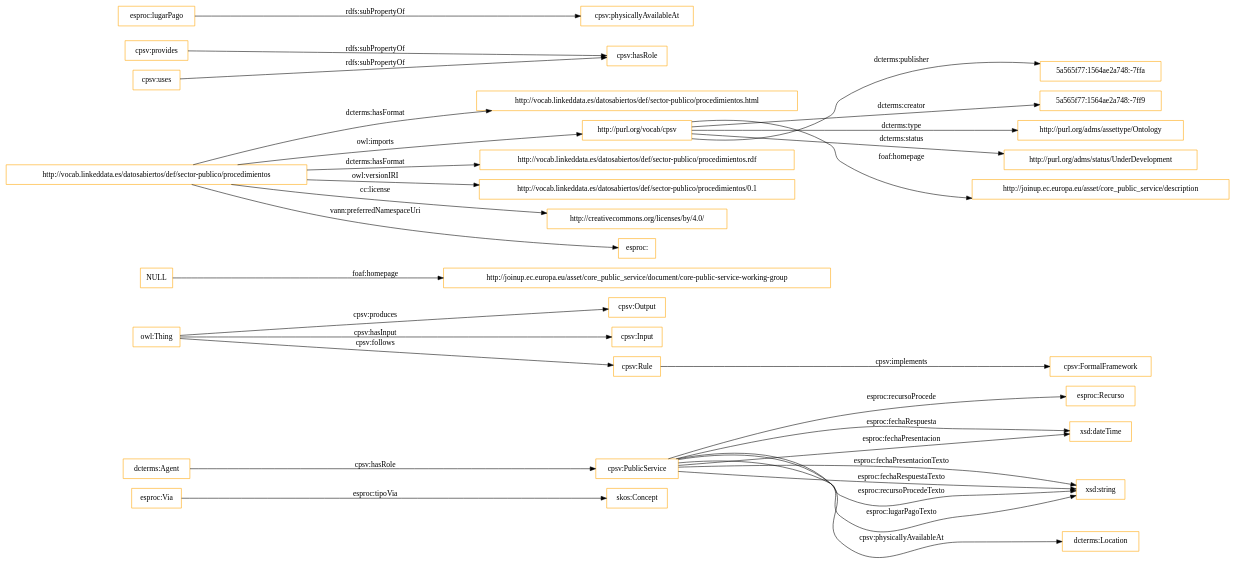
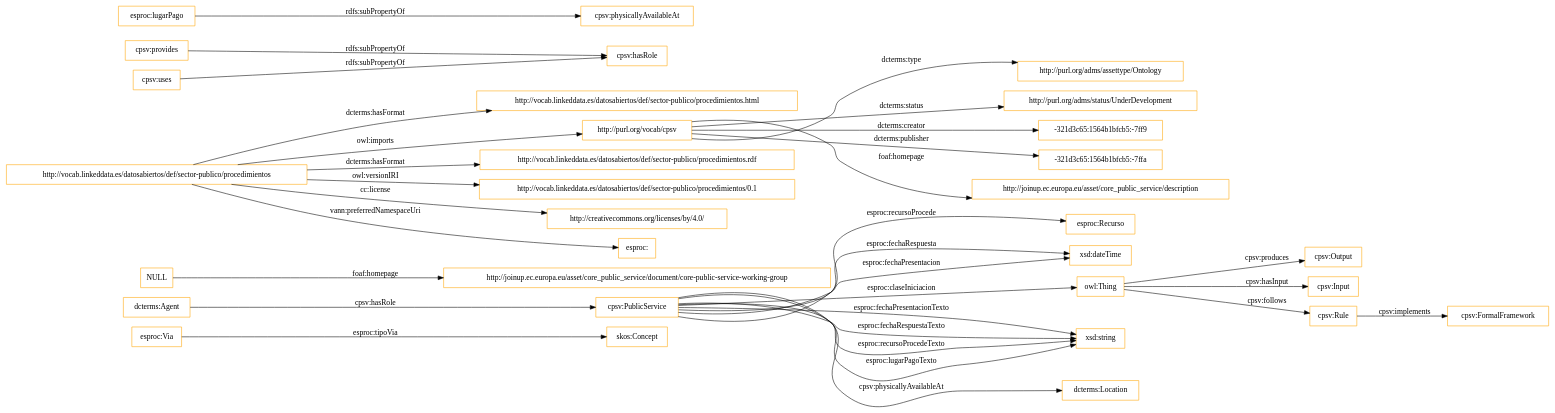
One commit to opencitydata/sector-publico-servicio changed the diagram in OnToology/procedimientos.owl/diagrams/ar2dtool-class/procedimientos.owl.png.dot. Above: the diagram before and after it, drawn with Graphviz. The commit also changed 9 other files, not shown here.

```diff
--- a/OnToology/procedimientos.owl/diagrams/ar2dtool-class/procedimientos.owl.png.dot
+++ b/OnToology/procedimientos.owl/diagrams/ar2dtool-class/procedimientos.owl.png.dot
@@ -1,35 +1,36 @@
 digraph ar2dtool_diagram { 
 rankdir=LR;
 size="1501"
 node [shape = rectangle, color="orange"]; "skos:Concept" "esproc:Via" "esproc:Recurso" "cpsv:FormalFramework" "cpsv:Output" "cpsv:Input" "cpsv:Rule" "cpsv:PublicService" ; /*classes style*/
 	"NULL" -> "http://joinup.ec.europa.eu/asset/core_public_service/document/core-public-service-working-group" [ label = "foaf:homepage" ];
 	"http://vocab.linkeddata.es/datosabiertos/def/sector-publico/procedimientos" -> "http://vocab.linkeddata.es/datosabiertos/def/sector-publico/procedimientos.html" [ label = "dcterms:hasFormat" ];
 	"http://vocab.linkeddata.es/datosabiertos/def/sector-publico/procedimientos" -> "http://purl.org/vocab/cpsv" [ label = "owl:imports" ];
 	"http://vocab.linkeddata.es/datosabiertos/def/sector-publico/procedimientos" -> "http://vocab.linkeddata.es/datosabiertos/def/sector-publico/procedimientos.rdf" [ label = "dcterms:hasFormat" ];
 	"http://vocab.linkeddata.es/datosabiertos/def/sector-publico/procedimientos" -> "http://vocab.linkeddata.es/datosabiertos/def/sector-publico/procedimientos/0.1" [ label = "owl:versionIRI" ];
 	"http://vocab.linkeddata.es/datosabiertos/def/sector-publico/procedimientos" -> "http://creativecommons.org/licenses/by/4.0/" [ label = "cc:license" ];
 	"http://vocab.linkeddata.es/datosabiertos/def/sector-publico/procedimientos" -> "esproc:" [ label = "vann:preferredNamespaceUri" ];
 	"cpsv:provides" -> "cpsv:hasRole" [ label = "rdfs:subPropertyOf" ];
-	"http://purl.org/vocab/cpsv" -> "5a565f77:1564ae2a748:-7ffa" [ label = "dcterms:publisher" ];
-	"http://purl.org/vocab/cpsv" -> "5a565f77:1564ae2a748:-7ff9" [ label = "dcterms:creator" ];
 	"http://purl.org/vocab/cpsv" -> "http://purl.org/adms/assettype/Ontology" [ label = "dcterms:type" ];
 	"http://purl.org/vocab/cpsv" -> "http://purl.org/adms/status/UnderDevelopment" [ label = "dcterms:status" ];
+	"http://purl.org/vocab/cpsv" -> "-321d3c65:1564b1bfcb5:-7ff9" [ label = "dcterms:creator" ];
+	"http://purl.org/vocab/cpsv" -> "-321d3c65:1564b1bfcb5:-7ffa" [ label = "dcterms:publisher" ];
 	"http://purl.org/vocab/cpsv" -> "http://joinup.ec.europa.eu/asset/core_public_service/description" [ label = "foaf:homepage" ];
 	"cpsv:uses" -> "cpsv:hasRole" [ label = "rdfs:subPropertyOf" ];
 	"esproc:lugarPago" -> "cpsv:physicallyAvailableAt" [ label = "rdfs:subPropertyOf" ];
 	"cpsv:PublicService" -> "xsd:dateTime" [ label = "esproc:fechaRespuesta" ];
 	"owl:Thing" -> "cpsv:Input" [ label = "cpsv:hasInput" ];
 	"cpsv:PublicService" -> "xsd:string" [ label = "esproc:fechaPresentacionTexto" ];
 	"cpsv:PublicService" -> "esproc:Recurso" [ label = "esproc:recursoProcede" ];
 	"cpsv:PublicService" -> "dcterms:Location" [ label = "cpsv:physicallyAvailableAt" ];
+	"cpsv:PublicService" -> "owl:Thing" [ label = "esproc:claseIniciacion" ];
 	"cpsv:Rule" -> "cpsv:FormalFramework" [ label = "cpsv:implements" ];
 	"esproc:Via" -> "skos:Concept" [ label = "esproc:tipoVia" ];
 	"cpsv:PublicService" -> "xsd:string" [ label = "esproc:fechaRespuestaTexto" ];
 	"cpsv:PublicService" -> "xsd:string" [ label = "esproc:recursoProcedeTexto" ];
 	"dcterms:Agent" -> "cpsv:PublicService" [ label = "cpsv:hasRole" ];
 	"owl:Thing" -> "cpsv:Rule" [ label = "cpsv:follows" ];
 	"cpsv:PublicService" -> "xsd:dateTime" [ label = "esproc:fechaPresentacion" ];
 	"cpsv:PublicService" -> "xsd:string" [ label = "esproc:lugarPagoTexto" ];
 	"owl:Thing" -> "cpsv:Output" [ label = "cpsv:produces" ];
 
 }
```
